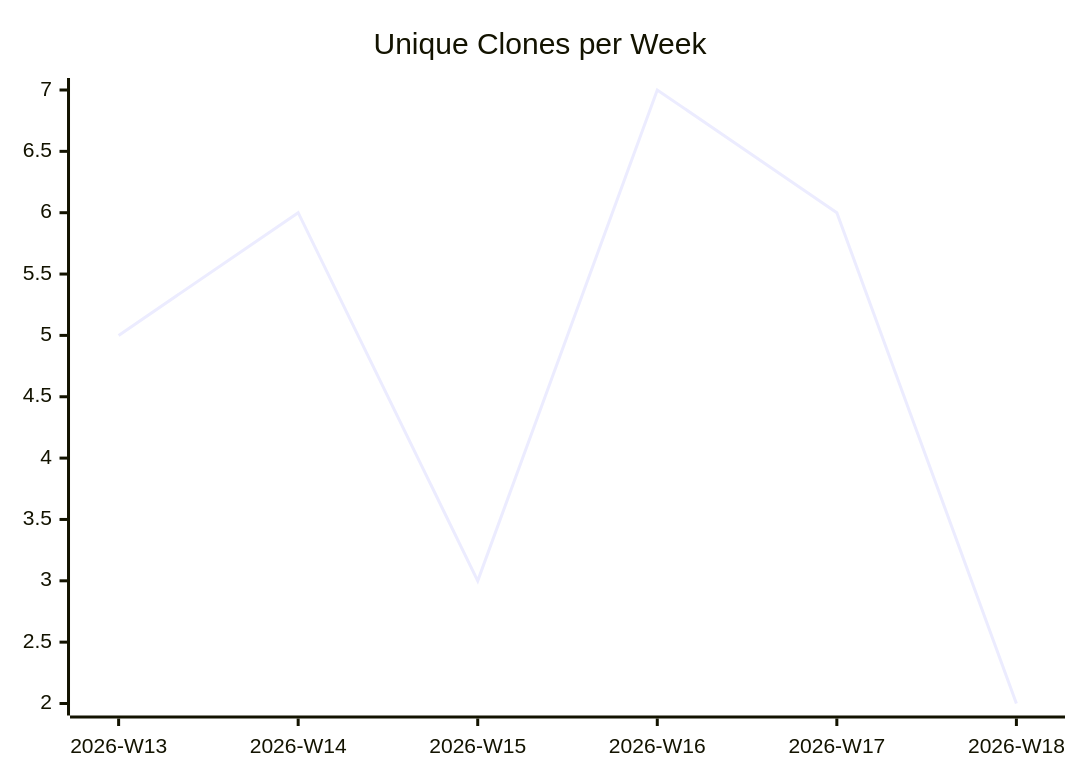
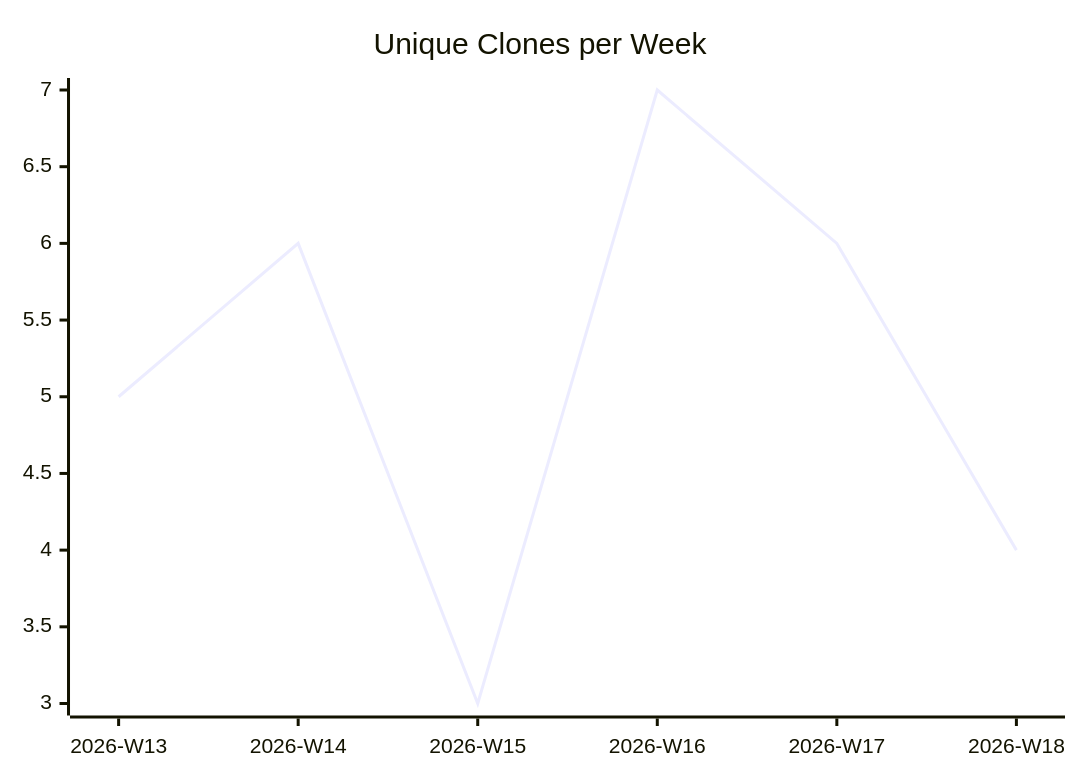
The third of 3 diagrams in karlmdavis/kxml2/README.md (justdavis-family/github-analytics-data), drawn with Mermaid before and after one commit. The commit also changed other lines of this file and 184 other files, not shown here.

````diff
--- a/karlmdavis/kxml2/README.md
+++ b/karlmdavis/kxml2/README.md
@@ -19,6 +19,6 @@
 ```mermaid
 xychart-beta
   title "Unique Clones per Week"
   x-axis ["2026-W13", "2026-W14", "2026-W15", "2026-W16", "2026-W17", "2026-W18"]
-  line [5, 6, 3, 7, 6, 2]
+  line [5, 6, 3, 7, 6, 4]
 ```
````
